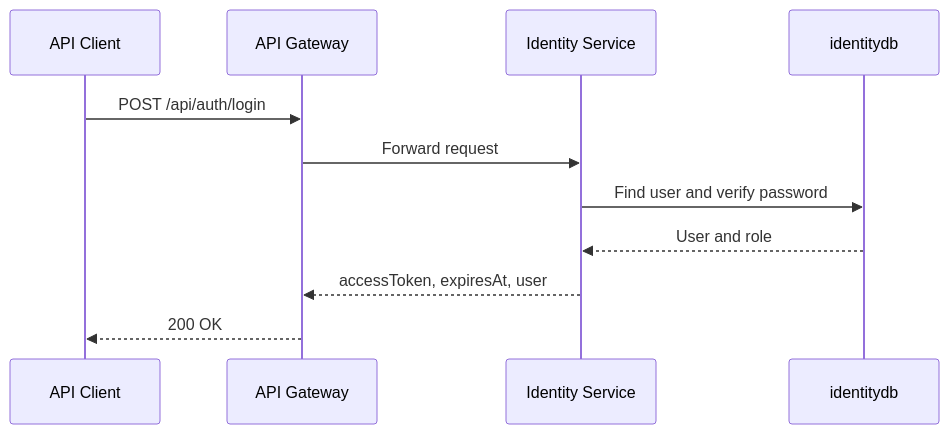
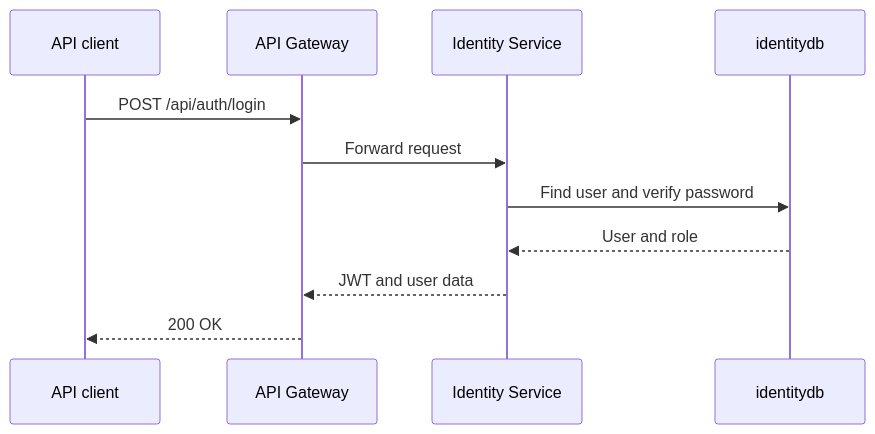
The first of 5 diagrams in docs/sequences.md (RenatoB04/Lesto), drawn with Mermaid before and after one commit. The commit also changed other lines of this file and 10 other files, not shown here.

````diff
--- a/docs/sequences.md
+++ b/docs/sequences.md
@@ -5,14 +5,13 @@
 ```mermaid
 sequenceDiagram
-    participant Client as API Client
+    participant Client as API client
     participant Gateway as API Gateway
     participant Identity as Identity Service
     participant Db as identitydb
-
     Client->>Gateway: POST /api/auth/login
     Gateway->>Identity: Forward request
     Identity->>Db: Find user and verify password
     Db-->>Identity: User and role
-    Identity-->>Gateway: accessToken, expiresAt, user
+    Identity-->>Gateway: JWT and user data
     Gateway-->>Client: 200 OK
 ```
````
